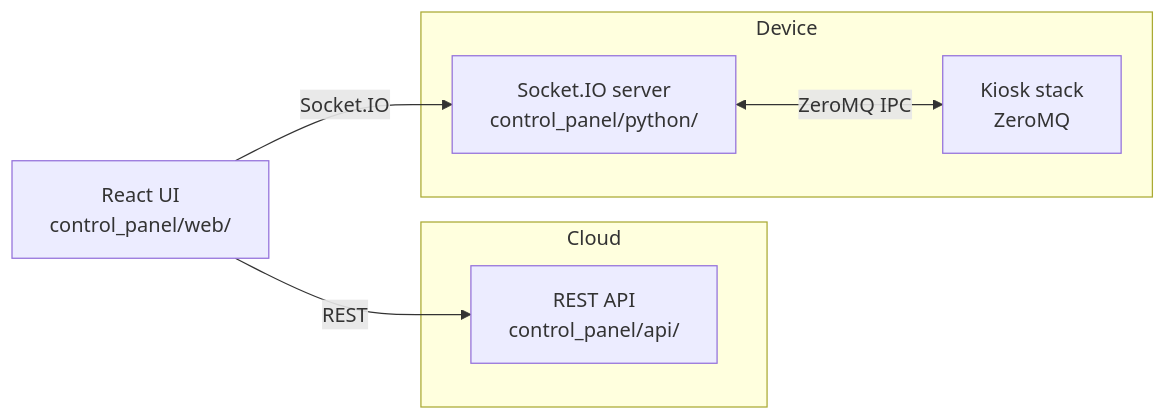
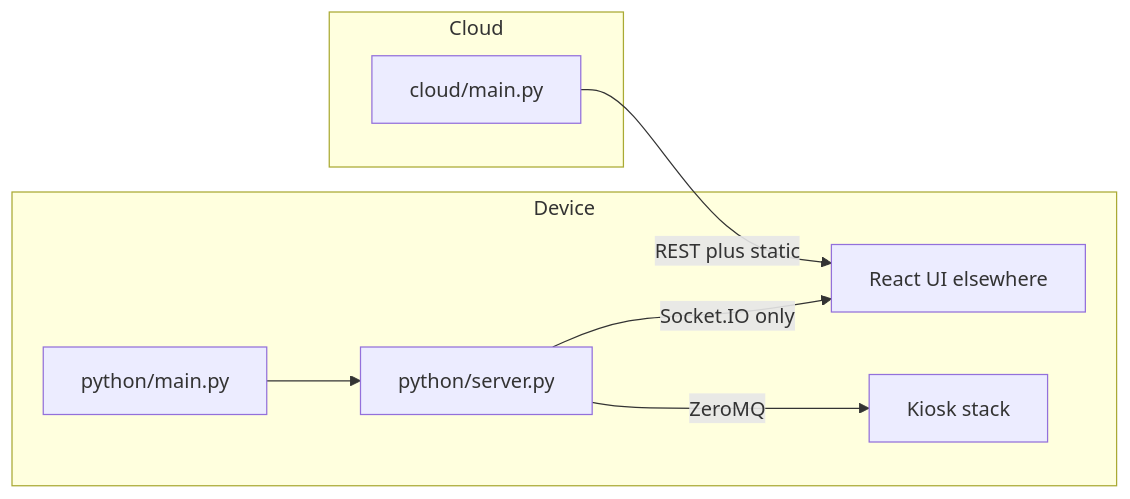
Before and after one commit to keyme/kiosk-control-panel: the diagram in README.md, drawn with Mermaid. The commit also changed other lines of this file and 43 other files, not shown here.

Commit message:
cloud vs device devide

````diff
--- a/README.md
+++ b/README.md
@@ -11,13 +11,14 @@
 ```mermaid
-graph LR
-    subgraph Cloud
-        B["REST API<br/>control_panel/api/"]
-    end
-    subgraph Device
-        C["Socket.IO server<br/>control_panel/python/"]
-        D["Kiosk stack<br/>ZeroMQ"]
-    end
-    A["React UI<br/>control_panel/web/"] -->|REST| B
-    A -->|Socket.IO| C
-    C <-->|ZeroMQ IPC| D
+flowchart LR
+  subgraph device [Device]
+    PyMain[python/main.py]
+    Server[python/server.py]
+    PyMain --> Server
+    Server -->|Socket.IO only| UI[React UI elsewhere]
+    Server -->|ZeroMQ| Stack[Kiosk stack]
+  end
+  subgraph cloud [Cloud]
+    CloudMain[cloud/main.py]
+    CloudMain -->|REST plus static| UI
+  end
 ```
````
